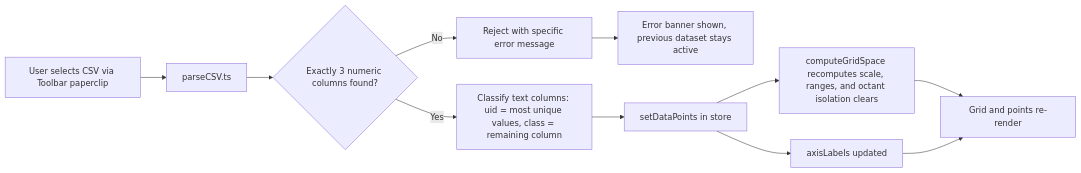
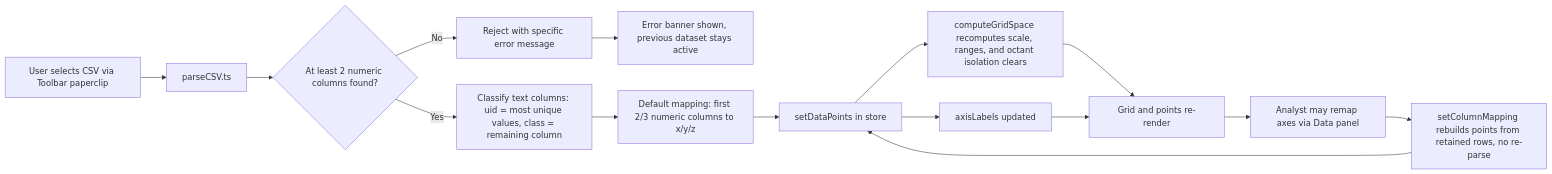
The first of 3 diagrams in README.md (cwheelus/orinoco), drawn with Mermaid before and after one commit. The commit also changed other lines of this file and 1 other file, not shown here.

Commit message:
docs: update README/USER_GUIDE for manual axis mapping and 2D minimum

````diff
--- a/README.md
+++ b/README.md
@@ -85,13 +85,17 @@
 ```mermaid
 flowchart LR
     A[User selects CSV via Toolbar paperclip] --> B[parseCSV.ts]
-    B --> C{Exactly 3 numeric columns found?}
+    B --> C{At least 2 numeric columns found?}
     C -- No --> D[Reject with specific error message]
     D --> E[Error banner shown, previous dataset stays active]
     C -- Yes --> F[Classify text columns: uid = most unique values, class = remaining column]
-    F --> G[setDataPoints in store]
-    G --> H[computeGridSpace recomputes scale, ranges, and octant isolation clears]
-    G --> I[axisLabels updated]
-    H --> J[Grid and points re-render]
-    I --> J
+    F --> G[Default mapping: first 2/3 numeric columns to x/y/z]
+    G --> H[setDataPoints in store]
+    H --> I[computeGridSpace recomputes scale, ranges, and octant isolation clears]
+    H --> J[axisLabels updated]
+    I --> K[Grid and points re-render]
+    J --> K
+    K --> L[Analyst may remap axes via Data panel]
+    L --> M[setColumnMapping rebuilds points from retained rows, no re-parse]
+    M --> H
 ```
````
